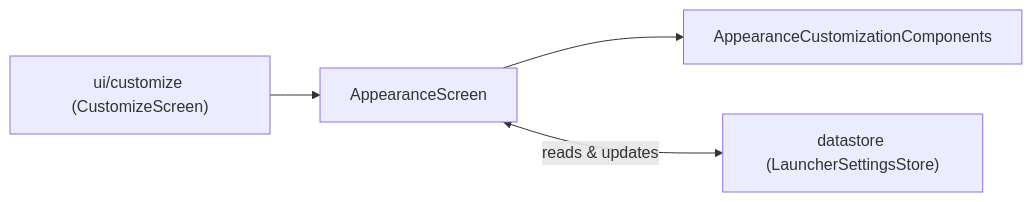
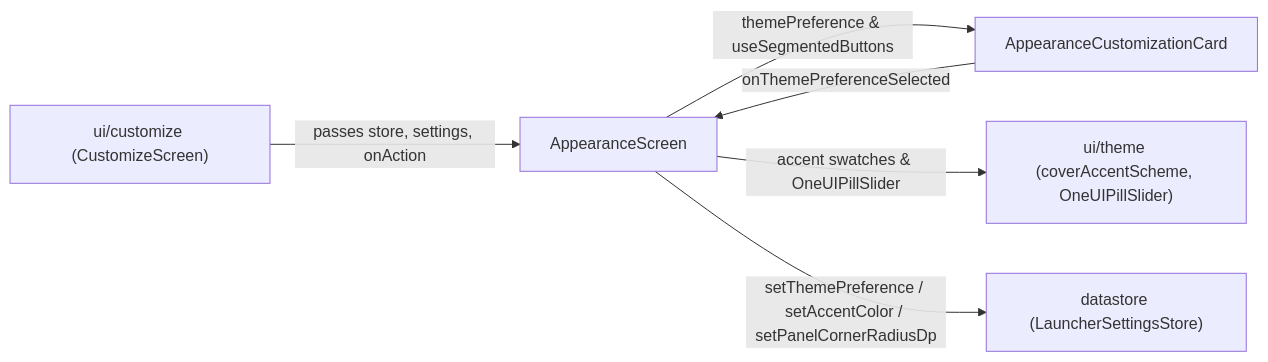
The diagram in app/src/main/java/com/tyejaedon/coverscreenos/ui/customize/appearance/README.md (tyejaedon/Cover-Screen-OS), drawn with Mermaid before and after one commit. The commit also changed other lines of this file and 157 other files, not shown here.

````diff
--- a/app/src/main/java/com/tyejaedon/coverscreenos/ui/customize/appearance/README.md
+++ b/app/src/main/java/com/tyejaedon/coverscreenos/ui/customize/appearance/README.md
@@ -14,6 +55,8 @@
 ```mermaid
 flowchart LR
-    Hub["ui/customize (CustomizeScreen)"] --> Screen["AppearanceScreen"]
-    Screen --> Components["AppearanceCustomizationComponents"]
-    Screen <-->|"reads & updates"| Store["datastore (LauncherSettingsStore)"]
+    Hub["ui/customize (CustomizeScreen)"] -->|"passes store, settings, onAction"| Screen["AppearanceScreen"]
+    Screen -->|"themePreference & useSegmentedButtons"| Card["AppearanceCustomizationCard"]
+    Card -->|"onThemePreferenceSelected"| Screen
+    Screen -->|"accent swatches & OneUIPillSlider"| Theme["ui/theme (coverAccentScheme, OneUIPillSlider)"]
+    Screen -->|"setThemePreference / setAccentColor / setPanelCornerRadiusDp"| Store["datastore (LauncherSettingsStore)"]
 ```
````
